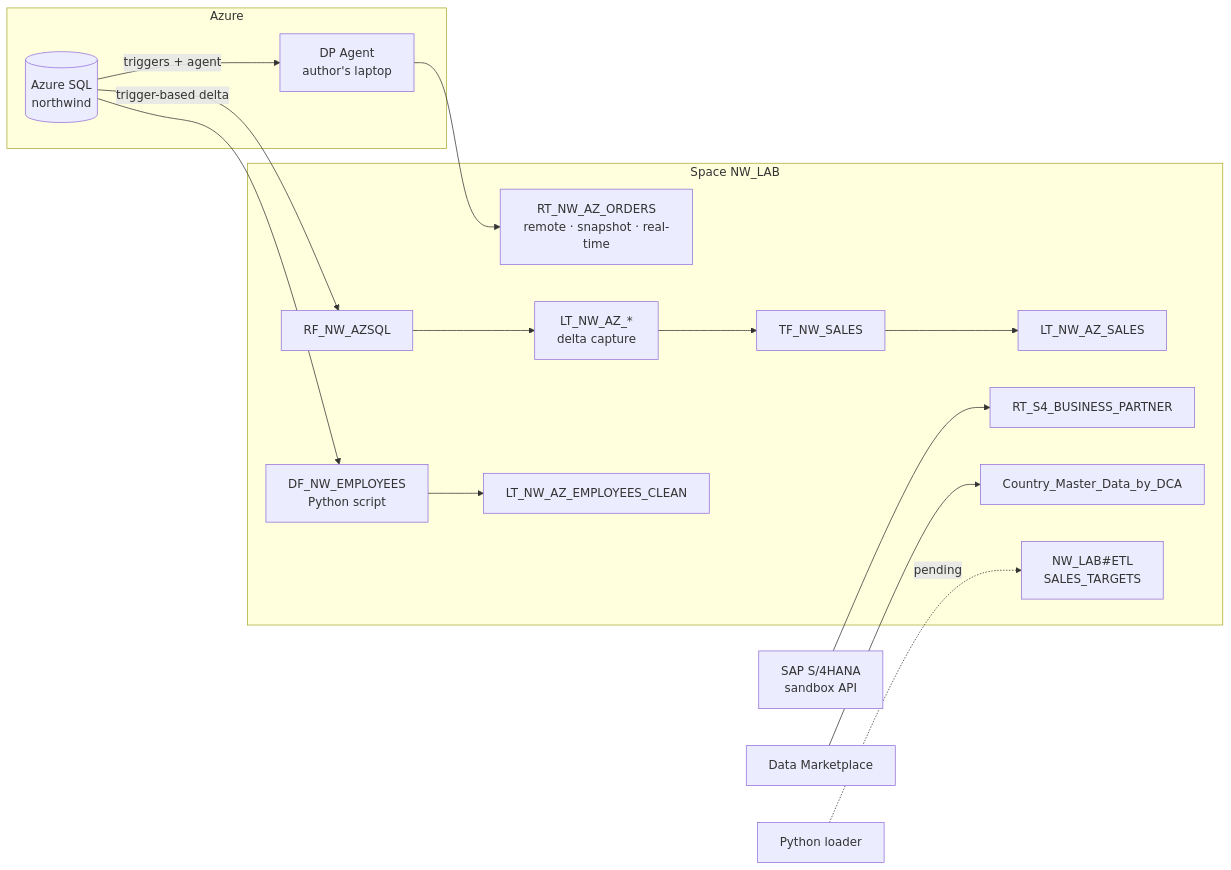
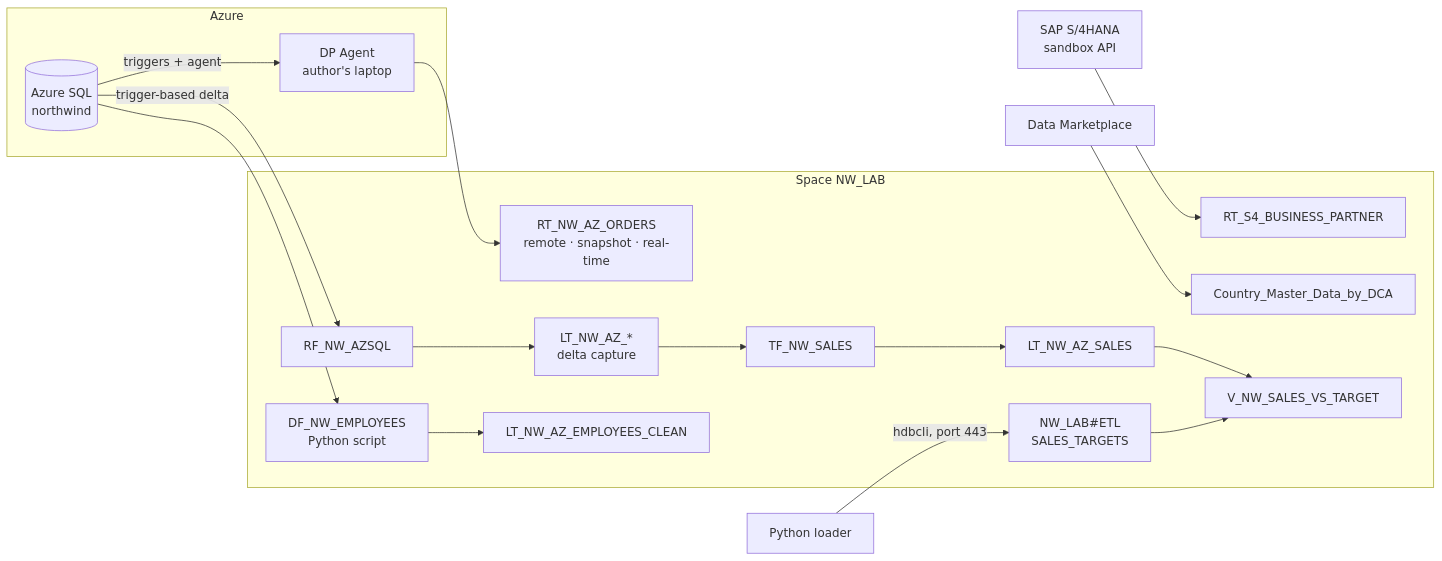
Before and after one commit to gonzalonao/sap-datasphere-lab: the diagram in docs/phases/phase-b-ingestion.md, drawn with Mermaid. The commit also changed other lines of this file and 4 other files, not shown here.

First line of the commit message:
docs(phase-b): record the Open SQL schema write and sales vs. target view

````diff
--- a/docs/phases/phase-b-ingestion.md
+++ b/docs/phases/phase-b-ingestion.md
@@ -30,25 +30,28 @@
 ```mermaid
 flowchart LR
     subgraph Azure
         SQL[(Azure SQL<br/>northwind)]
         AG[DP Agent<br/>author's laptop]
     end
     SBX[SAP S/4HANA<br/>sandbox API]
     MKT[Data Marketplace]
     PY[Python loader]
     subgraph NW_LAB[Space NW_LAB]
         RT[RT_NW_AZ_ORDERS<br/>remote · snapshot · real-time]
         RF[RF_NW_AZSQL] --> LT[LT_NW_AZ_*<br/>delta capture]
         LT --> TF[TF_NW_SALES] --> SALES[LT_NW_AZ_SALES]
         DF[DF_NW_EMPLOYEES<br/>Python script] --> EMP[LT_NW_AZ_EMPLOYEES_CLEAN]
         S4[RT_S4_BUSINESS_PARTNER]
         CTRY[Country_Master_Data_by_DCA]
         OSQL[NW_LAB#ETL<br/>SALES_TARGETS]
+        VST[V_NW_SALES_VS_TARGET]
+        SALES --> VST
+        OSQL --> VST
     end
     SQL -->|triggers + agent| AG --> RT
     SQL -->|trigger-based delta| RF
     SQL --> DF
     SBX --> S4
     MKT --> CTRY
-    PY -.pending.-> OSQL
+    PY -->|hdbcli, port 443| OSQL
 ```
````
